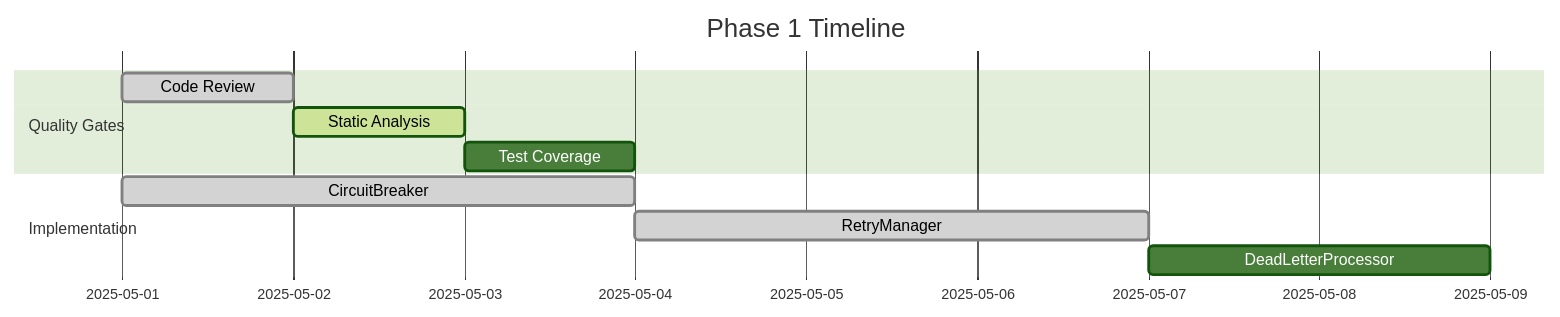
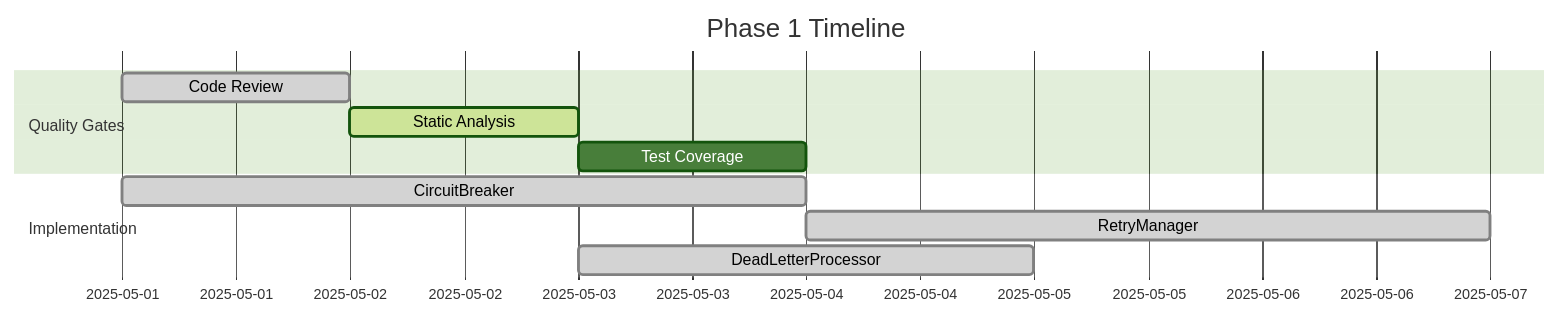
The first of 8 diagrams in memory-bank/progress.md (geoffsweeney/wine-recommender), drawn with Mermaid (forest theme) before and after one commit. The commit also changed other lines of this file and 3 other files, not shown here.

Commit message:
docs: update progress tracking for DeadLetterProcessor

````diff
--- a/memory-bank/progress.md
+++ b/memory-bank/progress.md
@@ -4,14 +4,14 @@
 ```mermaid
 gantt
     title Phase 1 Timeline
     dateFormat  YYYY-MM-DD
     section Quality Gates
     Code Review          :done, q1, 2025-05-01, 1d
     Static Analysis      :active, q2, after q1, 1d
     Test Coverage        :q3, after q2, 1d
     
     section Implementation
     CircuitBreaker       :done, 2025-05-01, 3d
     RetryManager         :done, 2025-05-04, 3d
-    DeadLetterProcessor  :2025-05-07, 2d
+    DeadLetterProcessor  :done, 2025-05-03, 2d
 ```
````
